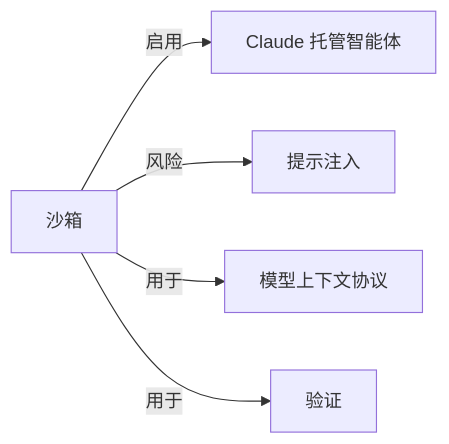
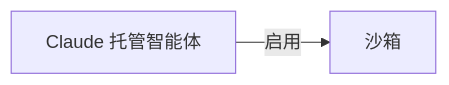
Before and after one commit to yibie/claude-best-practices-zh: the diagram in wiki/沙箱.md, drawn with Mermaid. The commit also changed other lines of this file and 407 other files, not shown here.

Commit message:
feat: DeepSeek 三遍审校（译文/关系/图谱）+ 可部署静态站点

````diff
--- a/wiki/沙箱.md
+++ b/wiki/沙箱.md
@@ -47,8 +45,5 @@
 ```mermaid
 graph LR
   C["沙箱"]
-  C -->|启用| N0["Claude 托管智能体"]
-  C -->|风险| N1["提示注入"]
-  C -->|用于| N2["模型上下文协议"]
-  C -->|用于| N3["验证"]
+  N0["Claude 托管智能体"] -->|启用| C
 ```
````
